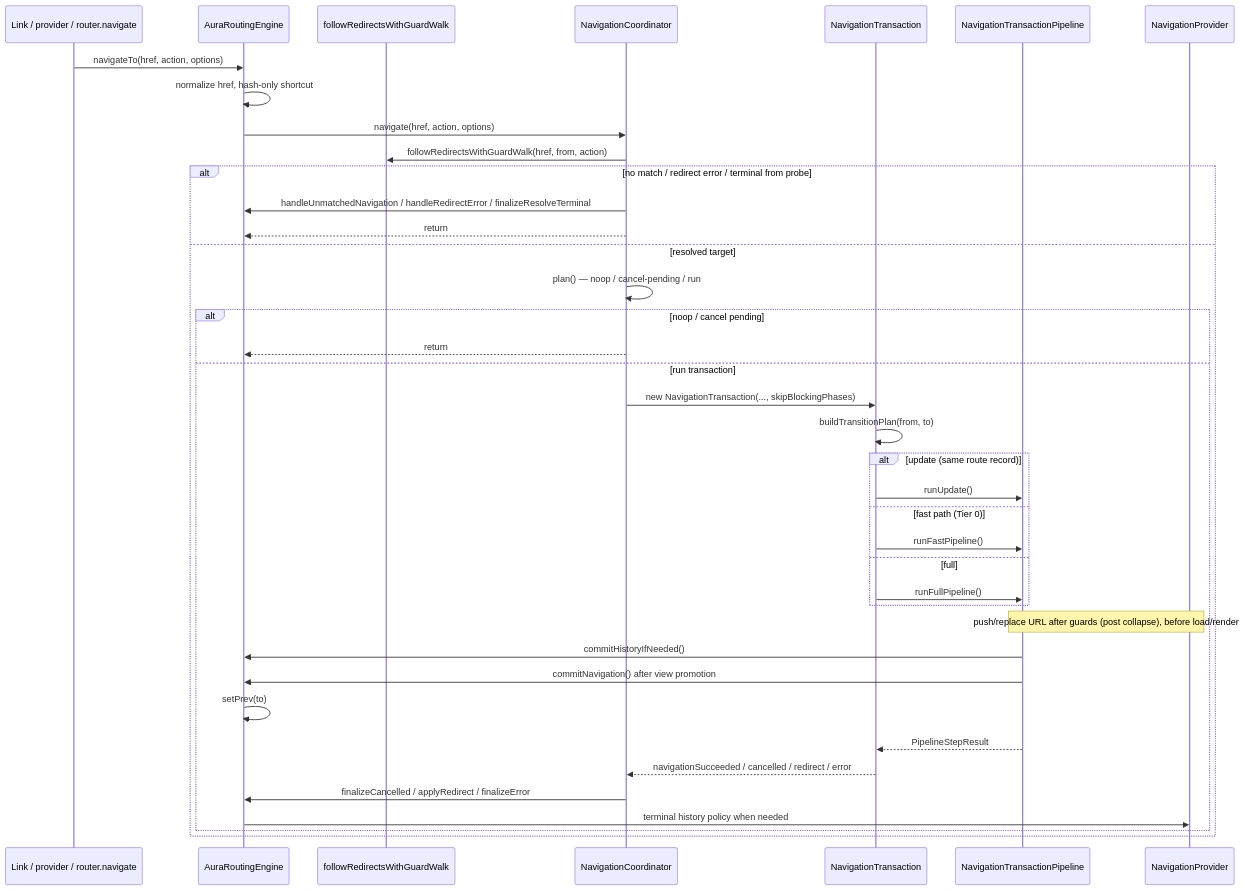
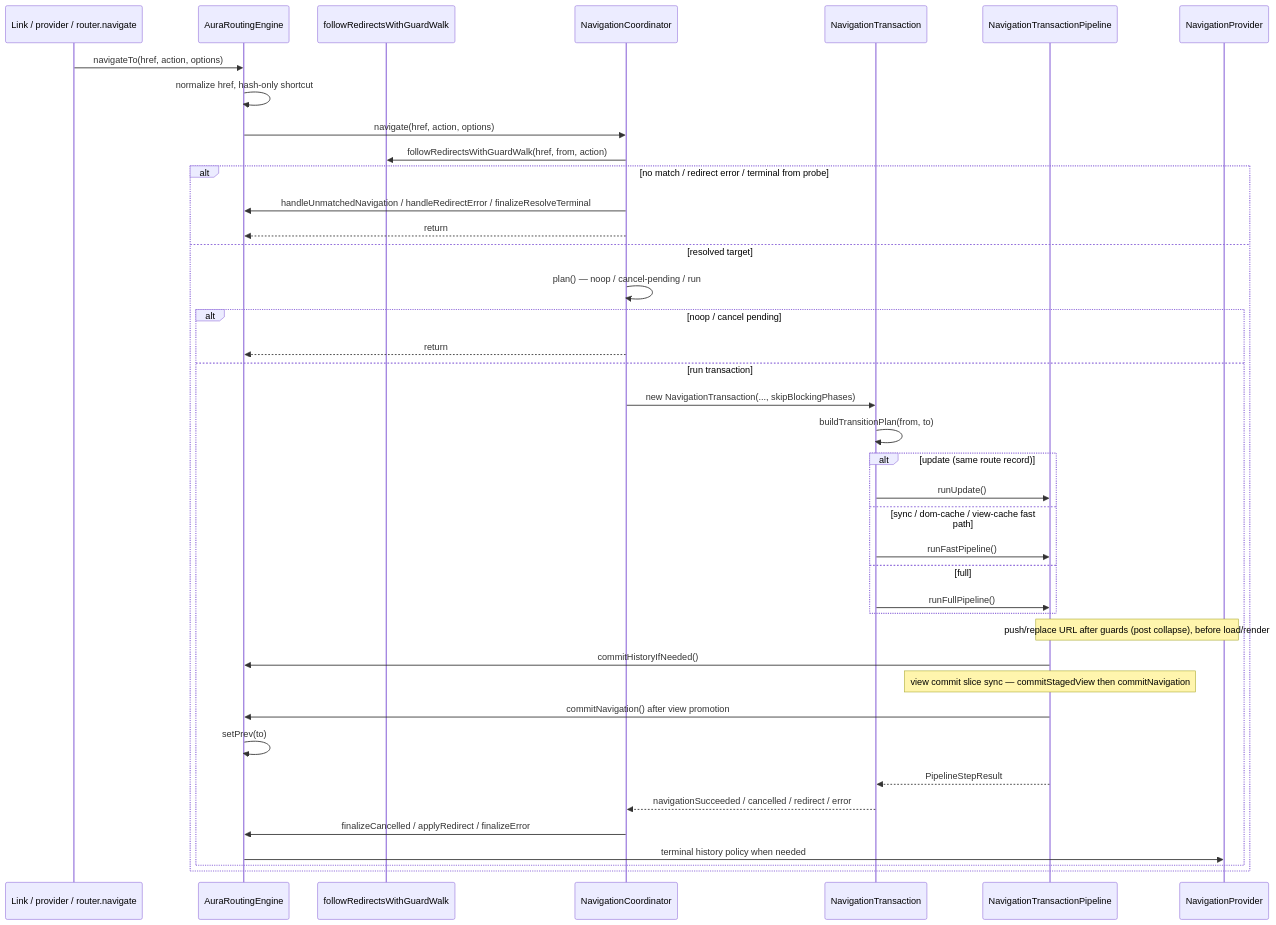
One commit to aura-ui/router changed the diagram in src/modules/aura-routing-engine/core/ARCHITECTURE.md. Above: the diagram before and after it, drawn with Mermaid. The commit also changed other lines of this file and 3 other files, not shown here.

````diff
--- a/src/modules/aura-routing-engine/core/ARCHITECTURE.md
+++ b/src/modules/aura-routing-engine/core/ARCHITECTURE.md
@@ -31,42 +31,43 @@
 ```mermaid
 sequenceDiagram
   participant Source as Link / provider / router.navigate
   participant Engine as AuraRoutingEngine
   participant Redirect as followRedirectsWithGuardWalk
   participant Coord as NavigationCoordinator
   participant Tx as NavigationTransaction
   participant Pipeline as NavigationTransactionPipeline
   participant History as NavigationProvider
 
   Source->>Engine: navigateTo(href, action, options)
   Engine->>Engine: normalize href, hash-only shortcut
   Engine->>Coord: navigate(href, action, options)
   Coord->>Redirect: followRedirectsWithGuardWalk(href, from, action)
   alt no match / redirect error / terminal from probe
     Coord->>Engine: handleUnmatchedNavigation / handleRedirectError / finalizeResolveTerminal
     Coord-->>Engine: return
   else resolved target
     Coord->>Coord: plan() — noop / cancel-pending / run
     alt noop / cancel pending
       Coord-->>Engine: return
     else run transaction
       Coord->>Tx: new NavigationTransaction(..., skipBlockingPhases)
       Tx->>Tx: buildTransitionPlan(from, to)
       alt update (same route record)
         Tx->>Pipeline: runUpdate()
-      else fast path (Tier 0)
+      else sync / dom-cache / view-cache fast path
         Tx->>Pipeline: runFastPipeline()
       else full
         Tx->>Pipeline: runFullPipeline()
       end
       Note over Pipeline,History: push/replace URL after guards (post collapse), before load/render
       Pipeline->>Engine: commitHistoryIfNeeded()
+      Note over Pipeline: view commit slice sync — commitStagedView then commitNavigation
       Pipeline->>Engine: commitNavigation() after view promotion
       Engine->>Engine: setPrev(to)
       Pipeline-->>Tx: PipelineStepResult
       Tx-->>Coord: navigationSucceeded / cancelled / redirect / error
       Coord->>Engine: finalizeCancelled / applyRedirect / finalizeError
       Engine->>History: terminal history policy when needed
     end
   end
 ```
````
